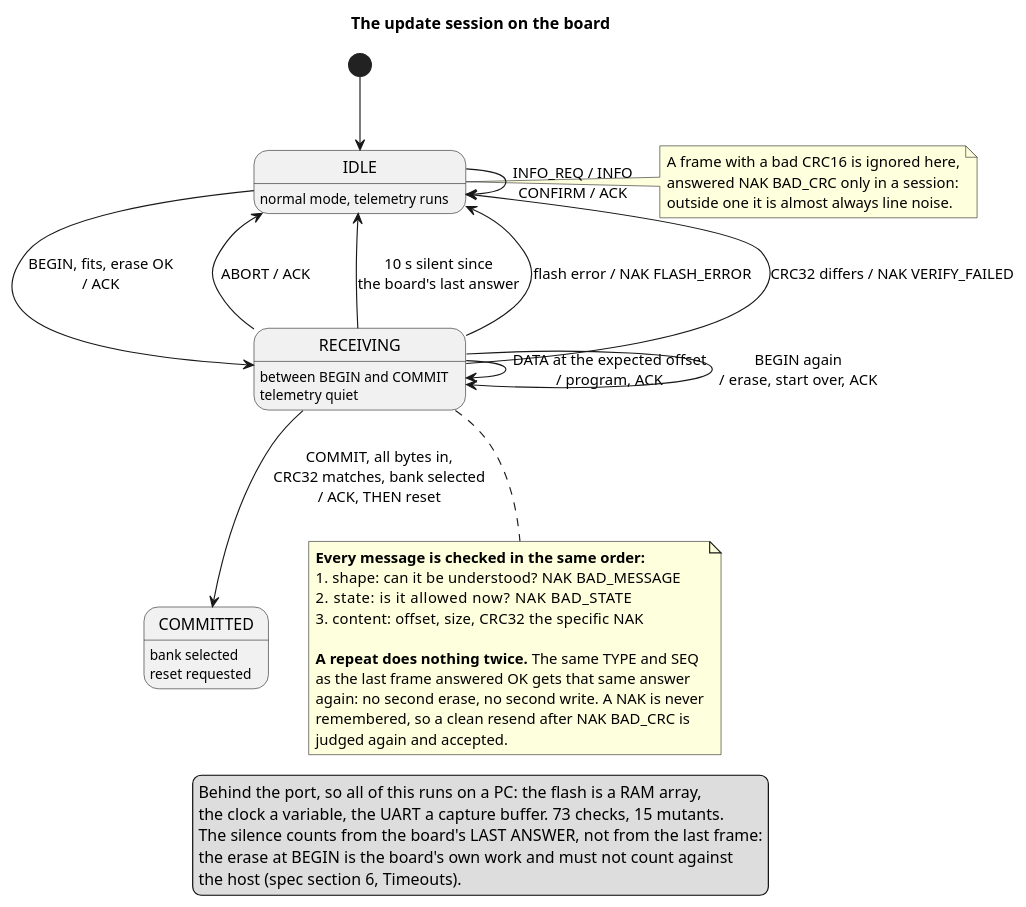
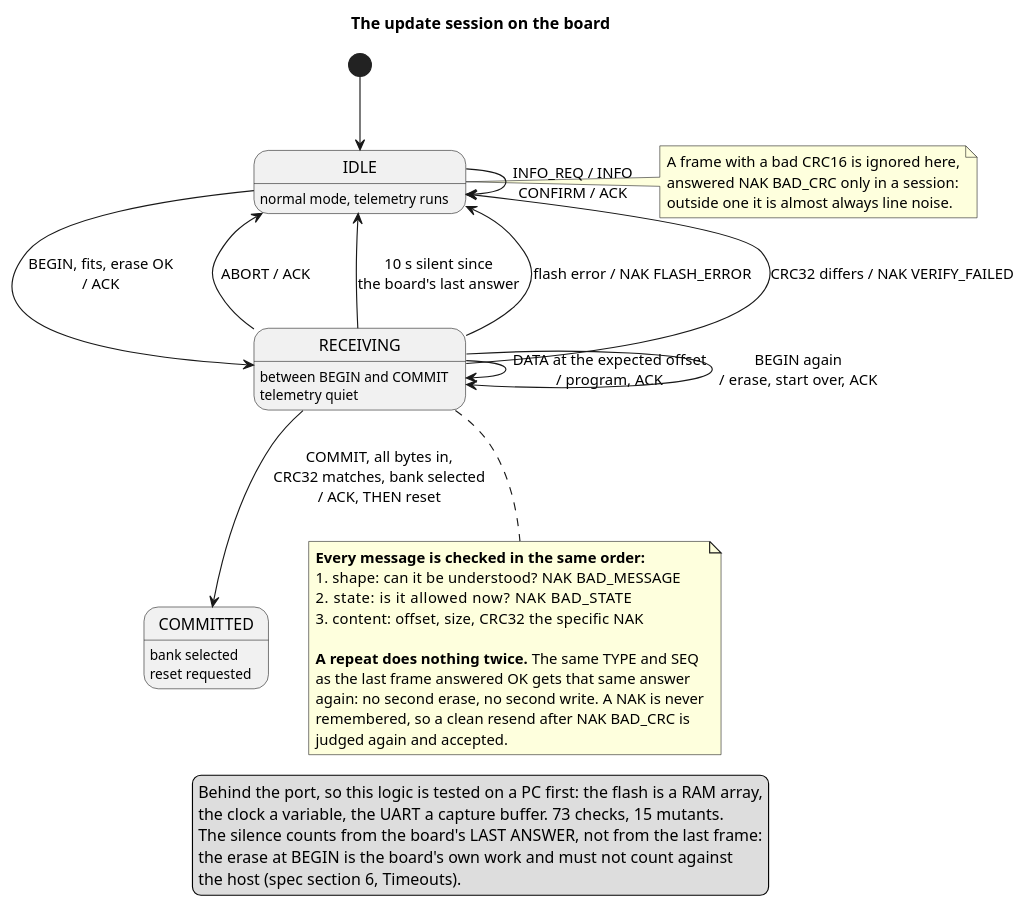
One commit to bogdanbaloi/hmi-edge-node changed the diagram in docs/uml/ota-update.puml. Above: the diagram before and after it, drawn with PlantUML. The commit also changed 3 other files, not shown here.

```diff
--- a/docs/uml/ota-update.puml
+++ b/docs/uml/ota-update.puml
@@ -1,53 +1,53 @@
 @startuml ota-update
 ' The OTA update state machine on the target.
 ' Grounded in Src/ota_update.c and in industrial-hmi
 ' docs/protocols/uart-flash-v1.md, sections 4 to 6 (AGREED).
 
 title The update session on the board
 
 skinparam shadowing false
 
 [*] --> IDLE
 
 state IDLE : normal mode, telemetry runs
 state RECEIVING : between BEGIN and COMMIT\ntelemetry quiet
 state COMMITTED : bank selected\nreset requested
 
 IDLE --> RECEIVING : BEGIN, fits, erase OK\n/ ACK
 RECEIVING --> RECEIVING : DATA at the expected offset\n/ program, ACK
 RECEIVING --> RECEIVING : BEGIN again\n/ erase, start over, ACK
 RECEIVING --> COMMITTED : COMMIT, all bytes in,\nCRC32 matches, bank selected\n/ ACK, THEN reset
 RECEIVING --> IDLE : ABORT / ACK
 RECEIVING --> IDLE : 10 s silent since\nthe board's last answer
 RECEIVING --> IDLE : flash error / NAK FLASH_ERROR
 RECEIVING --> IDLE : CRC32 differs / NAK VERIFY_FAILED
 IDLE --> IDLE : INFO_REQ / INFO\nCONFIRM / ACK
 
 note right of IDLE
   A frame with a bad CRC16 is ignored here,
   answered NAK BAD_CRC only in a session:
   outside one it is almost always line noise.
 end note
 
 note bottom of RECEIVING
   **Every message is checked in the same order:**
   1. shape: can it be understood?   NAK BAD_MESSAGE
   2. state: is it allowed now?      NAK BAD_STATE
   3. content: offset, size, CRC32   the specific NAK
 
   **A repeat does nothing twice.** The same TYPE and SEQ
   as the last frame answered OK gets that same answer
   again: no second erase, no second write. A NAK is never
   remembered, so a clean resend after NAK BAD_CRC is
   judged again and accepted.
 end note
 
 legend bottom
-  Behind the port, so all of this runs on a PC: the flash is a RAM array,
+  Behind the port, so this logic is tested on a PC first: the flash is a RAM array,
   the clock a variable, the UART a capture buffer. 73 checks, 15 mutants.
   The silence counts from the board's LAST ANSWER, not from the last frame:
   the erase at BEGIN is the board's own work and must not count against
   the host (spec section 6, Timeouts).
 endlegend
 
 @enduml
```
